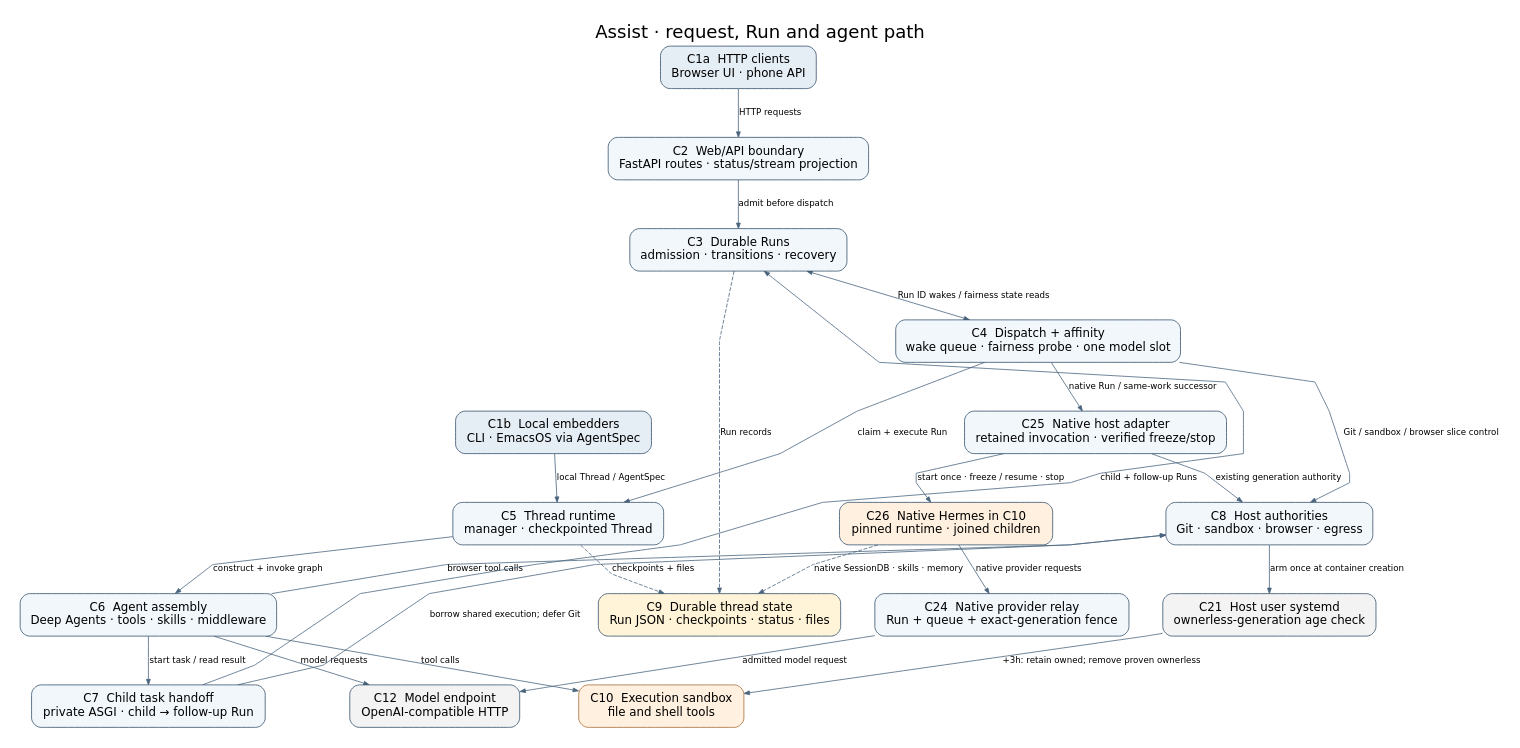
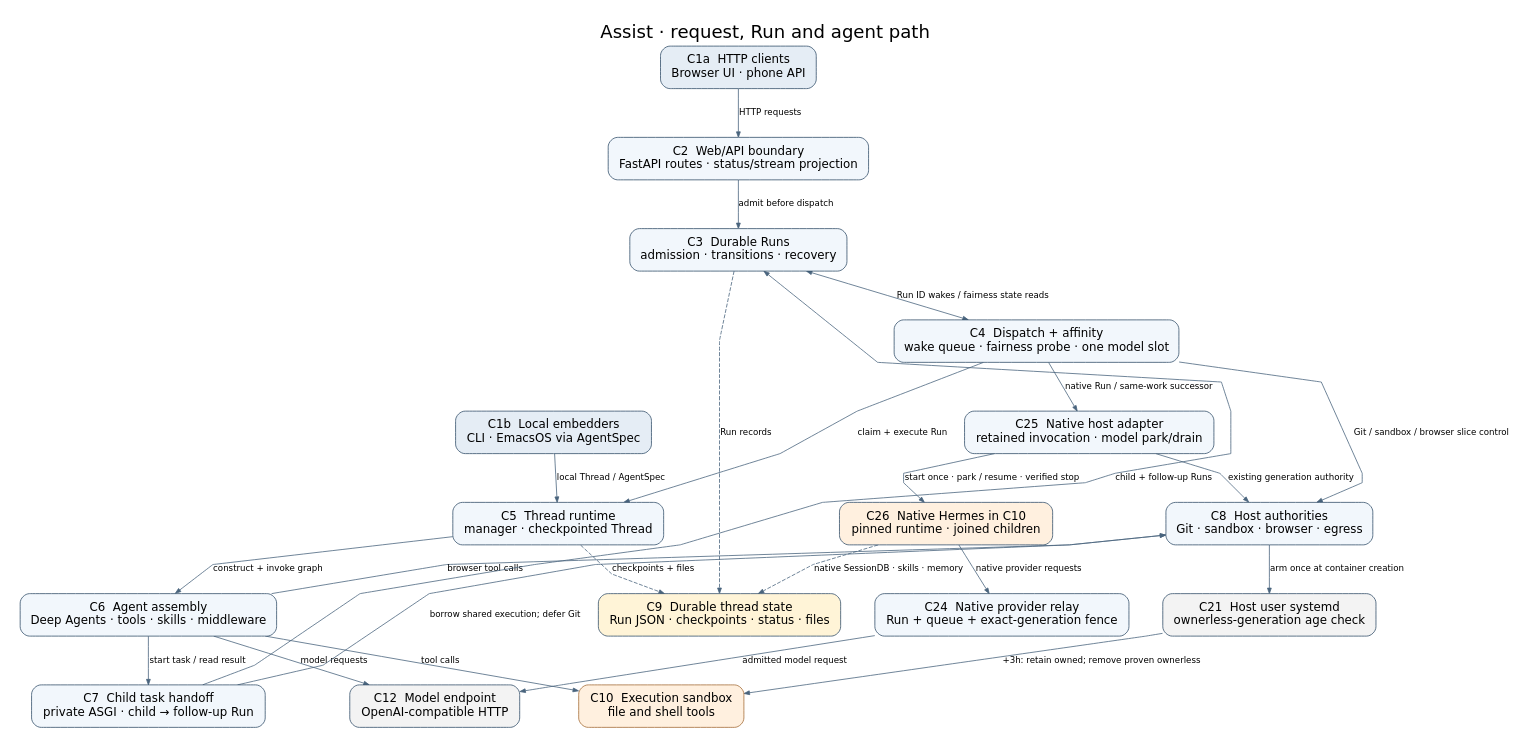
The diagram in docs/architecture.dot (pierrel/assist), drawn with Graphviz before and after one commit. The commit also changed 12 other files, not shown here.

```diff
--- a/docs/architecture.dot
+++ b/docs/architecture.dot
@@ -1,57 +1,57 @@
 digraph Assist {
   graph [label="Assist · request, Run and agent path", labelloc=t,
          fontname="DejaVu Sans", fontsize=23, bgcolor="white",
          rankdir=TB, pad=0.25, nodesep=0.6, ranksep=0.68,
          splines=polyline, outputorder=edgesfirst];
   node [shape=box, style="rounded,filled", color="#34506a",
         fillcolor="#f2f7fc", fontname="DejaVu Sans", fontsize=15,
         margin="0.19,0.14"];
   edge [fontname="DejaVu Sans", fontsize=11, color="#49647d",
         arrowsize=0.7];
 
   C1a [label="C1a  HTTP clients\nBrowser UI · phone API",
        fillcolor="#e5edf5"];
   C1b [label="C1b  Local embedders\nCLI · EmacsOS via AgentSpec",
        fillcolor="#e5edf5"];
   C2 [label="C2  Web/API boundary\nFastAPI routes · status/stream projection"];
   C3 [label="C3  Durable Runs\nadmission · transitions · recovery"];
   C4 [label="C4  Dispatch + affinity\nwake queue · fairness probe · one model slot"];
   C5 [label="C5  Thread runtime\nmanager · checkpointed Thread"];
   C6 [label="C6  Agent assembly\nDeep Agents · tools · skills · middleware"];
   C7 [label="C7  Child task handoff\nprivate ASGI · child → follow-up Run"];
   C8 [label="C8  Host authorities\nGit · sandbox · browser · egress"];
   C9 [label="C9  Durable thread state\nRun JSON · checkpoints · status · files",
       fillcolor="#fff4d7"];
   C10 [label="C10  Execution sandbox\nfile and shell tools", fillcolor="#fff0df",
        color="#a46b36"];
   C12 [label="C12  Model endpoint\nOpenAI-compatible HTTP",
        fillcolor="#f3f3f3"];
   C21 [label="C21  Host user systemd\nownerless-generation age check", fillcolor="#f3f3f3"];
-  C25 [label="C25  Native host adapter\nretained invocation · verified freeze/stop"];
+  C25 [label="C25  Native host adapter\nretained invocation · model park/drain"];
   C24 [label="C24  Native provider relay\nRun + queue + exact-generation fence"];
   C26 [label="C26  Native Hermes in C10\npinned runtime · joined children", fillcolor="#fff0df"];
 
   C1a -> C2 [label="HTTP requests"];
   C2 -> C3 [label="admit before dispatch"];
   C3 -> C4 [label="Run ID wakes / fairness state reads", dir=both];
   C4 -> C5 [label="claim + execute Run"];
   C1b -> C5 [label="local Thread / AgentSpec"];
   C5 -> C6 [label="construct + invoke graph"];
   C6 -> C7 [label="start task / read result"];
   C7 -> C3 [label="child + follow-up Runs", constraint=false];
   C7 -> C8 [label="borrow shared execution; defer Git", constraint=false];
   C4 -> C8 [label="Git / sandbox / browser slice control"];
   C8 -> C21 [label="arm once at container creation"];
   C21 -> C10 [label="+3h: retain owned; remove proven ownerless"];
   C6 -> C8 [label="browser tool calls", constraint=false];
   C3 -> C9 [label="Run records", style=dashed];
   C5 -> C9 [label="checkpoints + files", style=dashed];
   C6 -> C10 [label="tool calls"];
   C6 -> C12 [label="model requests"];
   C4 -> C25 [label="native Run / same-work successor"];
   C25 -> C8 [label="existing generation authority"];
-  C25 -> C26 [label="start once · freeze / resume · stop"];
+  C25 -> C26 [label="start once · park / resume · verified stop"];
   C26 -> C24 [label="native provider requests"];
   C24 -> C12 [label="admitted model request"];
   C26 -> C9 [label="native SessionDB · skills · memory", style=dashed];
 }
```
